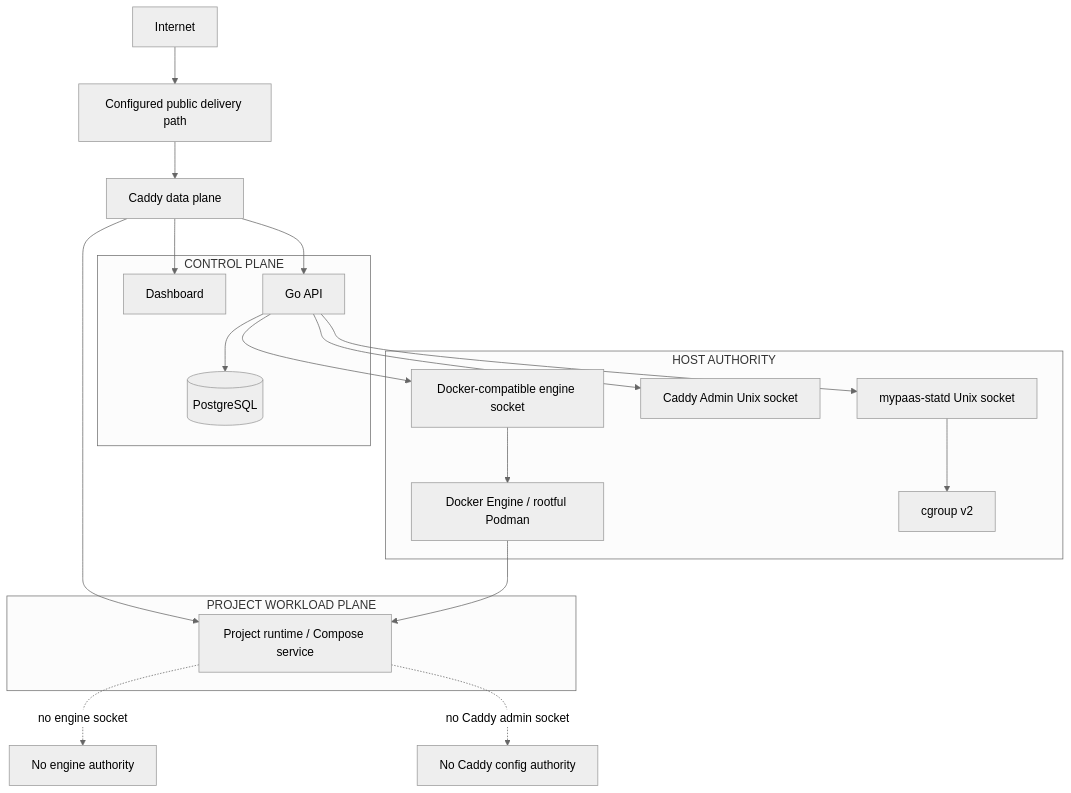
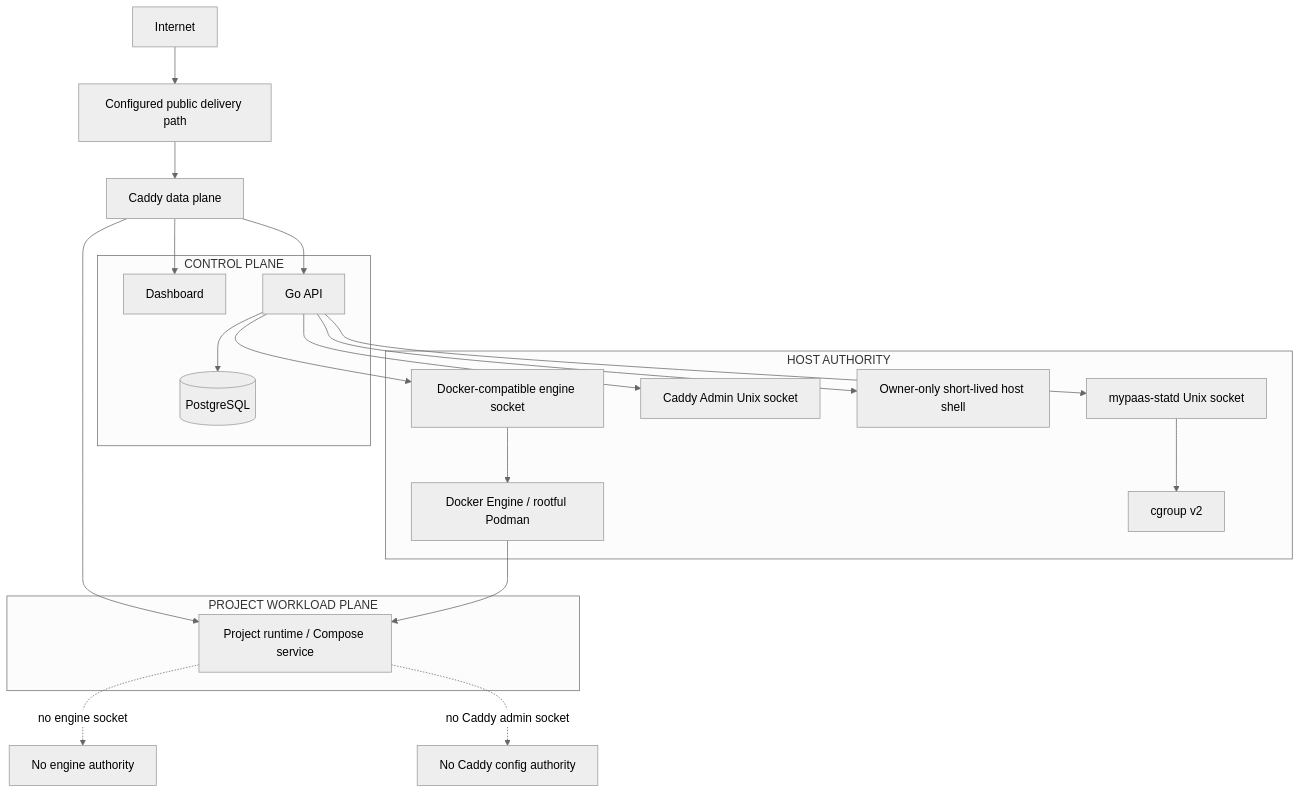
The first of 2 diagrams in docs/SECURITY_BOUNDARIES.md (nabilrn/MyPaas), drawn with Mermaid (neutral theme) before and after one commit. The commit also changed other lines of this file and 25 other files, not shown here.

Commit message:
feat: port owner shell to current workspace UI

````diff
--- a/docs/SECURITY_BOUNDARIES.md
+++ b/docs/SECURITY_BOUNDARIES.md
@@ -14,35 +14,37 @@
 ```mermaid
 flowchart TB
     Internet["Internet"] --> Delivery["Configured public delivery path"] --> Caddy["Caddy data plane"]
 
     subgraph Control["CONTROL PLANE"]
         Dashboard["Dashboard"]
         API["Go API"]
         DB[("PostgreSQL")]
     end
 
     subgraph Workload["PROJECT WORKLOAD PLANE"]
         Runtime["Project runtime / Compose service"]
     end
 
     subgraph Host["HOST AUTHORITY"]
         EngineSocket["Docker-compatible engine socket"]
         Engine["Docker Engine / rootful Podman"]
         CaddyAdmin["Caddy Admin Unix socket"]
+        HostShell["Owner-only short-lived host shell"]
         Statd["mypaas-statd Unix socket"]
         Cgroup["cgroup v2"]
     end
 
     Caddy --> Dashboard
     Caddy --> API
     Caddy --> Runtime
 
     API --> DB
     API --> EngineSocket --> Engine
     API --> CaddyAdmin
+    API --> HostShell
     API --> Statd --> Cgroup
     Engine --> Runtime
 
     Runtime -. "no engine socket" .-> Denied1["No engine authority"]
     Runtime -. "no Caddy admin socket" .-> Denied2["No Caddy config authority"]
 ```
````
